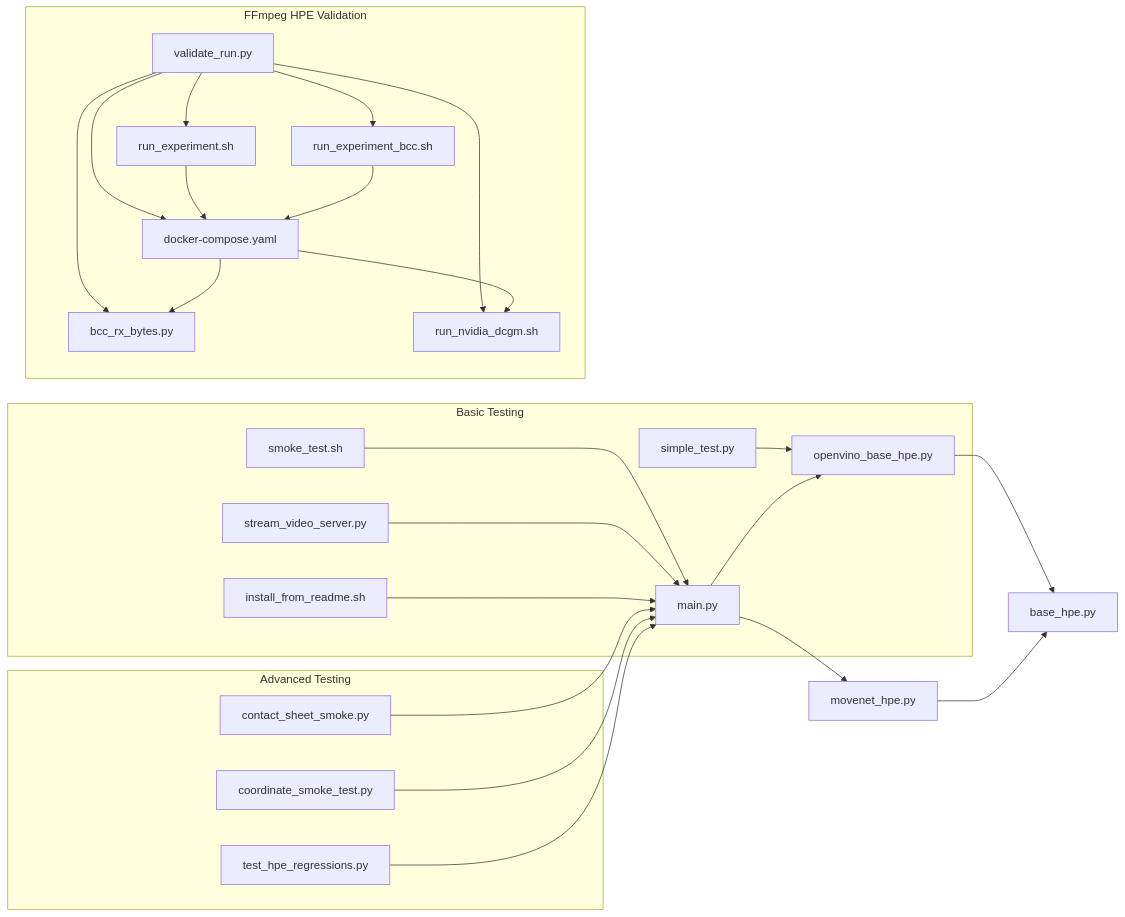
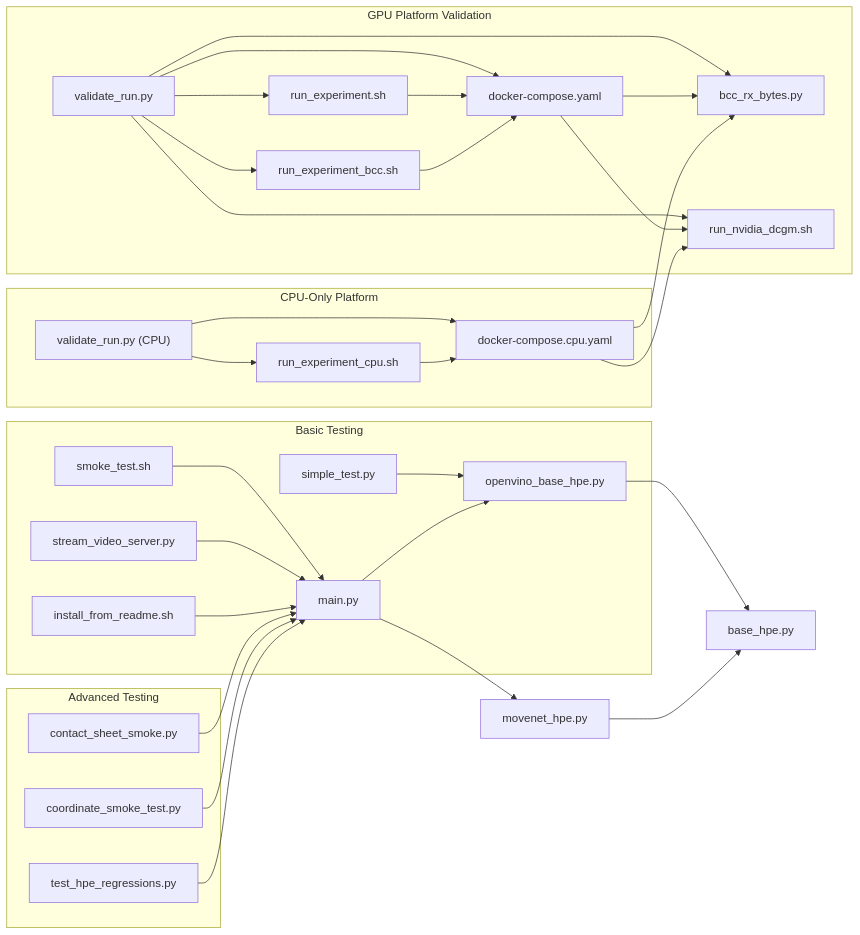
Before and after one commit to Fogus-Gr/MeasurementsDTs: the seventh of 7 diagrams in .qoder/repowiki/en/content/Development Tools/Testing and Validation.md, drawn with Mermaid. The commit also changed other lines of this file and 5 other files, not shown here.

````diff
--- a/.qoder/repowiki/en/content/Development Tools/Testing and Validation.md
+++ b/.qoder/repowiki/en/content/Development Tools/Testing and Validation.md
@@ -549,29 +720,36 @@
 ```mermaid
 graph LR
 subgraph "Basic Testing"
 ST["smoke_test.sh"] --> MAIN["main.py"]
 SIM["simple_test.py"] --> OVB["openvino_base_hpe.py"]
 SVS["stream_video_server.py"] --> MAIN
 INS["install_from_readme.sh"] --> MAIN
 end
 subgraph "Advanced Testing"
 CSS["contact_sheet_smoke.py"] --> MAIN
 CTS["coordinate_smoke_test.py"] --> MAIN
 RT["test_hpe_regressions.py"] --> MAIN
 end
-subgraph "FFmpeg HPE Validation"
+subgraph "GPU Platform Validation"
 VR["validate_run.py"] --> RE["run_experiment.sh"]
 VR --> REB["run_experiment_bcc.sh"]
 VR --> DC["docker-compose.yaml"]
 VR --> BT["bcc_rx_bytes.py"]
 VR --> GM["run_nvidia_dcgm.sh"]
 RE --> DC
 REB --> DC
 DC --> BT
 DC --> GM
 end
+subgraph "CPU-Only Platform"
+VRC["validate_run.py (CPU)"] --> REC["run_experiment_cpu.sh"]
+VRC --> DCC["docker-compose.cpu.yaml"]
+REC --> DCC
+DCC --> BT
+DCC --> GM
+end
 MAIN --> OVB
 MAIN --> MN["movenet_hpe.py"]
 OVB --> BASE["base_hpe.py"]
 MN --> BASE
 ```
````
